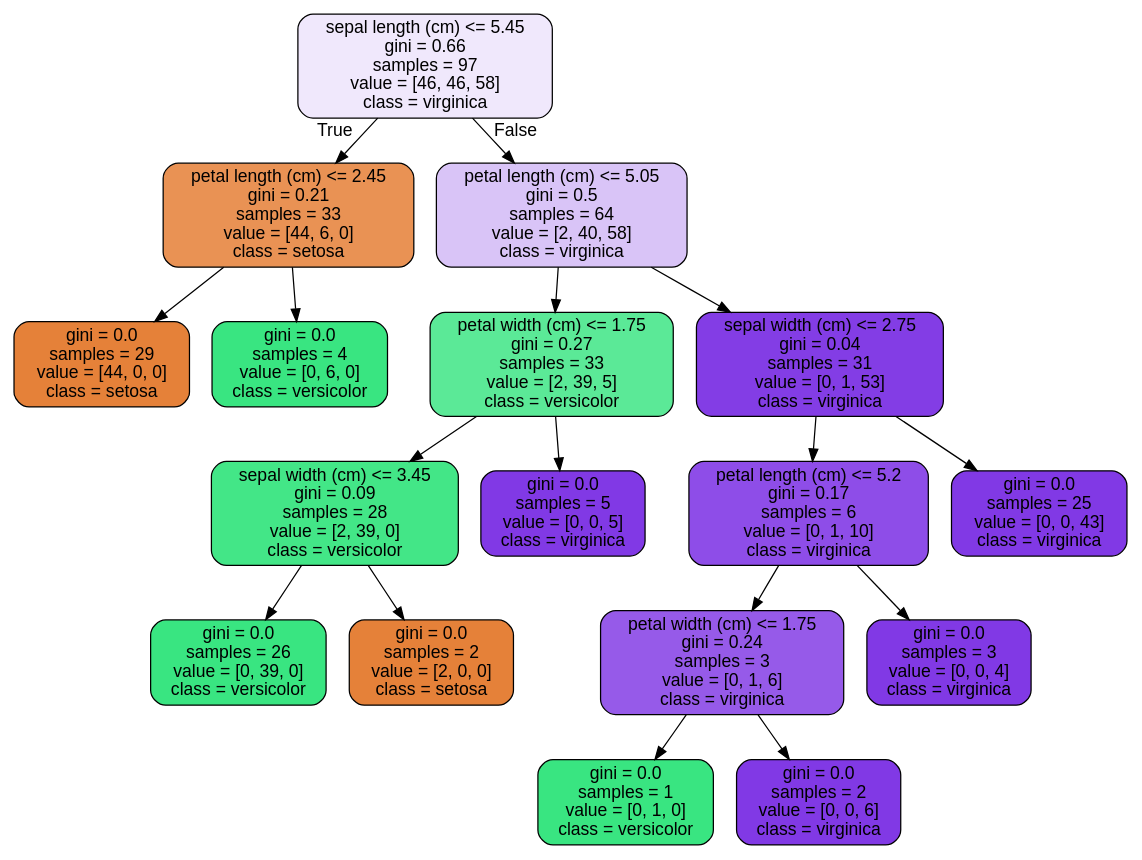
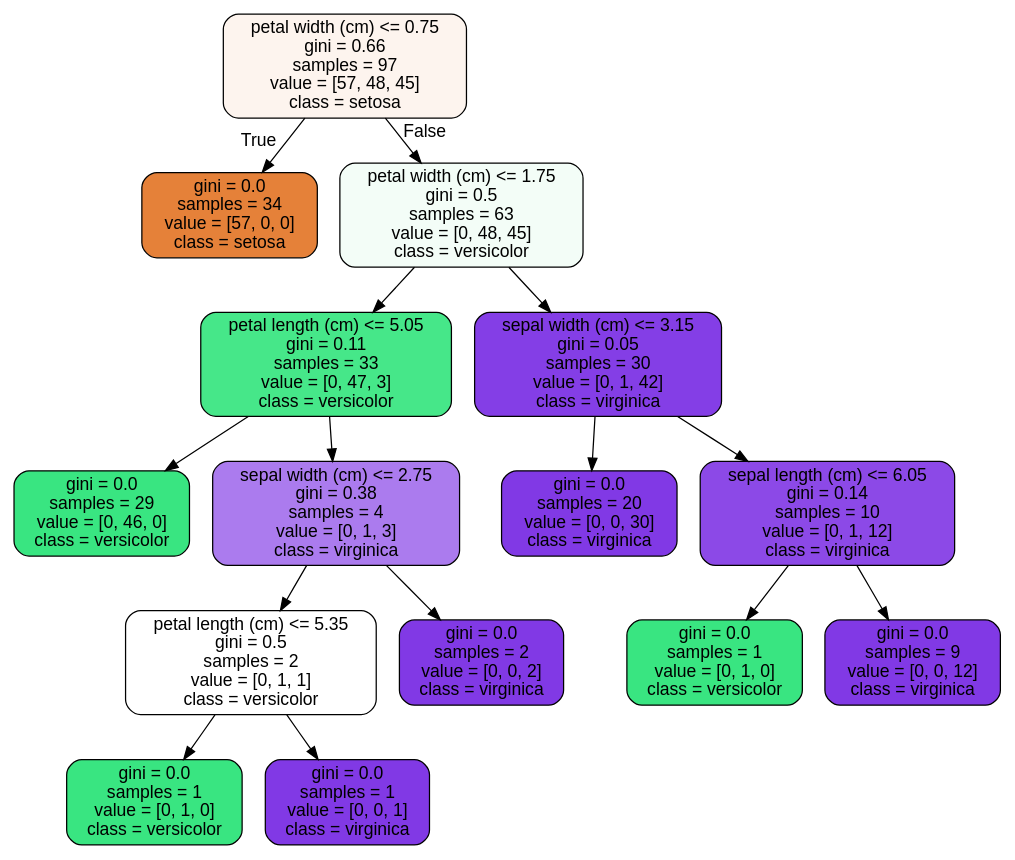
One commit to Noob1701/Springboard changed the diagram in tree.dot. Above: the diagram before and after it, drawn with Graphviz. The commit also changed 1 other file, not shown here.

```diff
--- a/tree.dot
+++ b/tree.dot
@@ -1,37 +1,33 @@
 digraph Tree {
 node [shape=box, style="filled, rounded", color="black", fontname="helvetica"] ;
 edge [fontname="helvetica"] ;
-0 [label="sepal length (cm) <= 5.45\ngini = 0.66\nsamples = 97\nvalue = [46, 46, 58]\nclass = virginica", fillcolor="#f0e8fc"] ;
-1 [label="petal length (cm) <= 2.45\ngini = 0.21\nsamples = 33\nvalue = [44, 6, 0]\nclass = setosa", fillcolor="#e99254"] ;
+0 [label="petal width (cm) <= 0.75\ngini = 0.66\nsamples = 97\nvalue = [57, 48, 45]\nclass = setosa", fillcolor="#fdf4ee"] ;
+1 [label="gini = 0.0\nsamples = 34\nvalue = [57, 0, 0]\nclass = setosa", fillcolor="#e58139"] ;
 0 -> 1 [labeldistance=2.5, labelangle=45, headlabel="True"] ;
-2 [label="gini = 0.0\nsamples = 29\nvalue = [44, 0, 0]\nclass = setosa", fillcolor="#e58139"] ;
-1 -> 2 ;
-3 [label="gini = 0.0\nsamples = 4\nvalue = [0, 6, 0]\nclass = versicolor", fillcolor="#39e581"] ;
-1 -> 3 ;
-4 [label="petal length (cm) <= 5.05\ngini = 0.5\nsamples = 64\nvalue = [2, 40, 58]\nclass = virginica", fillcolor="#d9c4f7"] ;
-0 -> 4 [labeldistance=2.5, labelangle=-45, headlabel="False"] ;
-5 [label="petal width (cm) <= 1.75\ngini = 0.27\nsamples = 33\nvalue = [2, 39, 5]\nclass = versicolor", fillcolor="#5be997"] ;
-4 -> 5 ;
-6 [label="sepal width (cm) <= 3.45\ngini = 0.09\nsamples = 28\nvalue = [2, 39, 0]\nclass = versicolor", fillcolor="#43e687"] ;
+2 [label="petal width (cm) <= 1.75\ngini = 0.5\nsamples = 63\nvalue = [0, 48, 45]\nclass = versicolor", fillcolor="#f3fdf7"] ;
+0 -> 2 [labeldistance=2.5, labelangle=-45, headlabel="False"] ;
+3 [label="petal length (cm) <= 5.05\ngini = 0.11\nsamples = 33\nvalue = [0, 47, 3]\nclass = versicolor", fillcolor="#46e789"] ;
+2 -> 3 ;
+4 [label="gini = 0.0\nsamples = 29\nvalue = [0, 46, 0]\nclass = versicolor", fillcolor="#39e581"] ;
+3 -> 4 ;
+5 [label="sepal width (cm) <= 2.75\ngini = 0.38\nsamples = 4\nvalue = [0, 1, 3]\nclass = virginica", fillcolor="#ab7bee"] ;
+3 -> 5 ;
+6 [label="petal length (cm) <= 5.35\ngini = 0.5\nsamples = 2\nvalue = [0, 1, 1]\nclass = versicolor", fillcolor="#ffffff"] ;
 5 -> 6 ;
-7 [label="gini = 0.0\nsamples = 26\nvalue = [0, 39, 0]\nclass = versicolor", fillcolor="#39e581"] ;
+7 [label="gini = 0.0\nsamples = 1\nvalue = [0, 1, 0]\nclass = versicolor", fillcolor="#39e581"] ;
 6 -> 7 ;
-8 [label="gini = 0.0\nsamples = 2\nvalue = [2, 0, 0]\nclass = setosa", fillcolor="#e58139"] ;
+8 [label="gini = 0.0\nsamples = 1\nvalue = [0, 0, 1]\nclass = virginica", fillcolor="#8139e5"] ;
 6 -> 8 ;
-9 [label="gini = 0.0\nsamples = 5\nvalue = [0, 0, 5]\nclass = virginica", fillcolor="#8139e5"] ;
+9 [label="gini = 0.0\nsamples = 2\nvalue = [0, 0, 2]\nclass = virginica", fillcolor="#8139e5"] ;
 5 -> 9 ;
-10 [label="sepal width (cm) <= 2.75\ngini = 0.04\nsamples = 31\nvalue = [0, 1, 53]\nclass = virginica", fillcolor="#833de5"] ;
-4 -> 10 ;
-11 [label="petal length (cm) <= 5.2\ngini = 0.17\nsamples = 6\nvalue = [0, 1, 10]\nclass = virginica", fillcolor="#8e4de8"] ;
+10 [label="sepal width (cm) <= 3.15\ngini = 0.05\nsamples = 30\nvalue = [0, 1, 42]\nclass = virginica", fillcolor="#843ee6"] ;
+2 -> 10 ;
+11 [label="gini = 0.0\nsamples = 20\nvalue = [0, 0, 30]\nclass = virginica", fillcolor="#8139e5"] ;
 10 -> 11 ;
-12 [label="petal width (cm) <= 1.75\ngini = 0.24\nsamples = 3\nvalue = [0, 1, 6]\nclass = virginica", fillcolor="#965ae9"] ;
-11 -> 12 ;
+12 [label="sepal length (cm) <= 6.05\ngini = 0.14\nsamples = 10\nvalue = [0, 1, 12]\nclass = virginica", fillcolor="#8c49e7"] ;
+10 -> 12 ;
 13 [label="gini = 0.0\nsamples = 1\nvalue = [0, 1, 0]\nclass = versicolor", fillcolor="#39e581"] ;
 12 -> 13 ;
-14 [label="gini = 0.0\nsamples = 2\nvalue = [0, 0, 6]\nclass = virginica", fillcolor="#8139e5"] ;
+14 [label="gini = 0.0\nsamples = 9\nvalue = [0, 0, 12]\nclass = virginica", fillcolor="#8139e5"] ;
 12 -> 14 ;
-15 [label="gini = 0.0\nsamples = 3\nvalue = [0, 0, 4]\nclass = virginica", fillcolor="#8139e5"] ;
-11 -> 15 ;
-16 [label="gini = 0.0\nsamples = 25\nvalue = [0, 0, 43]\nclass = virginica", fillcolor="#8139e5"] ;
-10 -> 16 ;
 }
```
